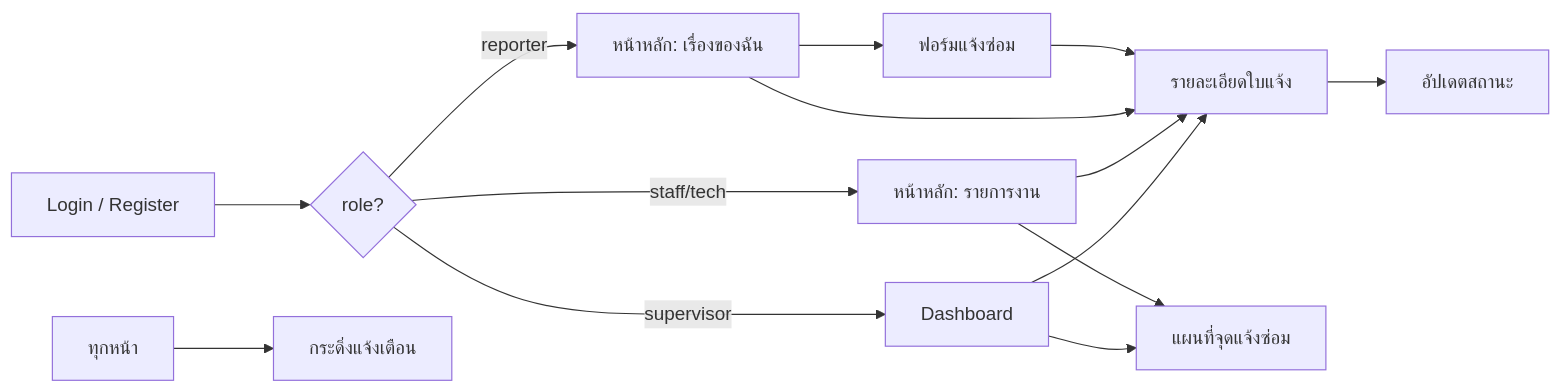
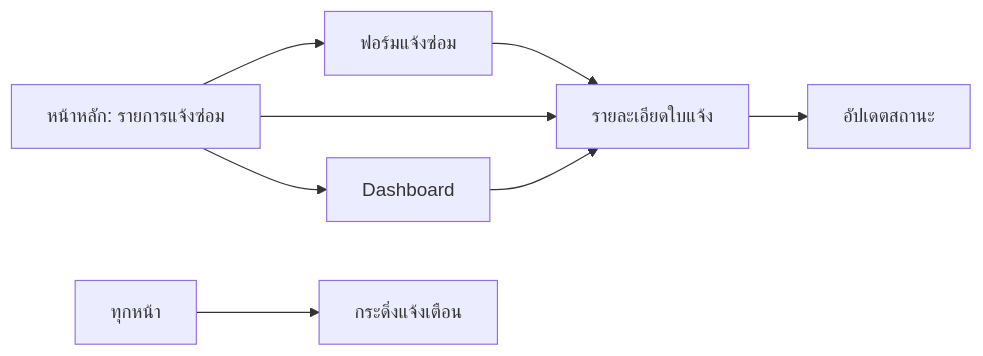
The third of 3 diagrams in workshop-antigravity-facility-care.md (dookda/cmu_workshop_antigravity), drawn with Mermaid before and after one commit. The commit also changed other lines of this file and 1 other file, not shown here.

````diff
--- a/workshop-antigravity-facility-care.md
+++ b/workshop-antigravity-facility-care.md
@@ -264,16 +264,11 @@
 ```mermaid
 flowchart LR
-    L[Login / Register] --> D{role?}
-    D -->|reporter| H1[หน้าหลัก: เรื่องของฉัน]
-    D -->|staff/tech| H2[หน้าหลัก: รายการงาน]
-    D -->|supervisor| H3[Dashboard]
-    H1 --> NEW[ฟอร์มแจ้งซ่อม]
+    H[หน้าหลัก: รายการแจ้งซ่อม]
+    H --> NEW[ฟอร์มแจ้งซ่อม]
     NEW --> DET[รายละเอียดใบแจ้ง]
-    H1 --> DET
-    H2 --> DET
-    H2 --> MAP[แผนที่จุดแจ้งซ่อม]
-    H3 --> MAP
-    H3 --> DET
+    H --> DET
+    H --> DASH[Dashboard]
+    DASH --> DET
     DET --> UPD[อัปเดตสถานะ]
     ALL[ทุกหน้า] --> NOTI[กระดิ่งแจ้งเตือน]
 ```
````
